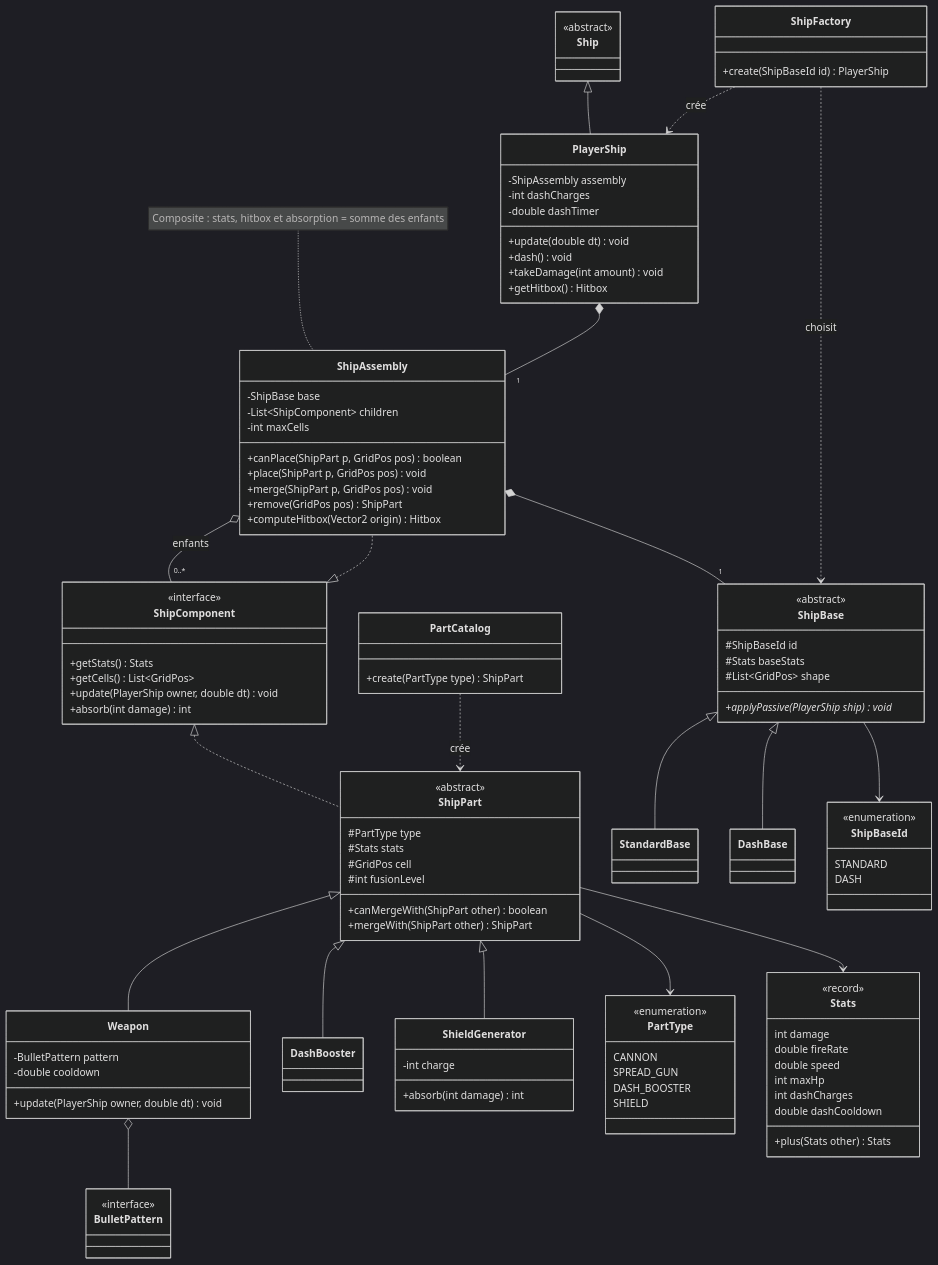
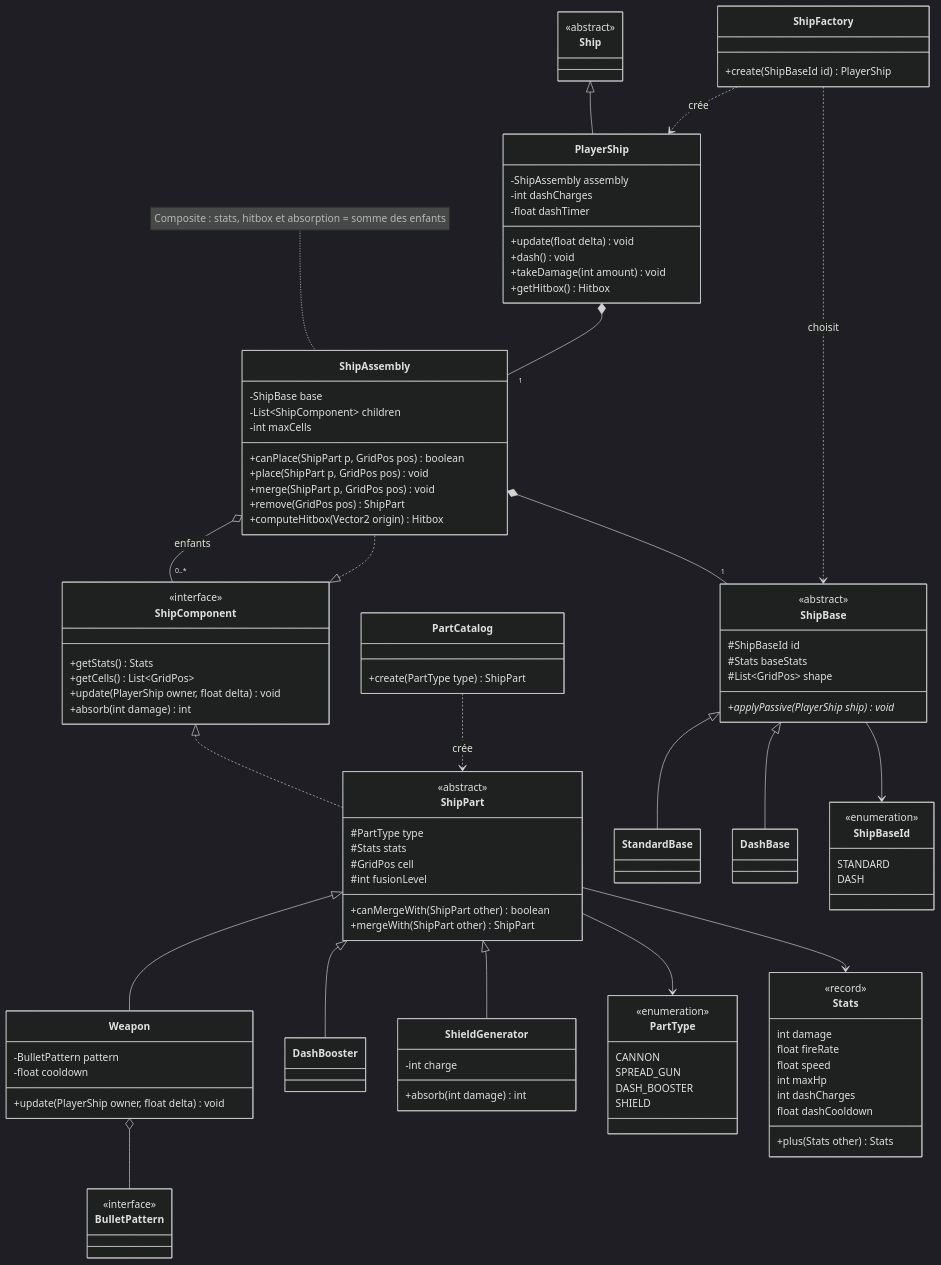
One commit to Bisiaux-dev/public-vault changed the sixth of 13 diagrams in content/2D-Game/ideas/pierre/Bullet hell roguelike - UML.md. Above: the diagram before and after it, drawn with Mermaid (dark theme). The commit also changed other lines of this file and 27 other files, not shown here.

```diff
--- a/content/2D-Game/ideas/pierre/Bullet hell roguelike - UML.md
+++ b/content/2D-Game/ideas/pierre/Bullet hell roguelike - UML.md
@@ -299,8 +336,8 @@
     class PlayerShip {
         -ShipAssembly assembly
         -int dashCharges
-        -double dashTimer
-        +update(double dt) void
+        -float dashTimer
+        +update(float delta) void
         +dash() void
         +takeDamage(int amount) void
         +getHitbox() Hitbox
@@ -309,7 +346,7 @@
         <<interface>>
         +getStats() Stats
         +getCells() List~GridPos~
-        +update(PlayerShip owner, double dt) void
+        +update(PlayerShip owner, float delta) void
         +absorb(int damage) int
     }
     class ShipAssembly {
@@ -333,8 +370,8 @@
     }
     class Weapon {
         -BulletPattern pattern
-        -double cooldown
-        +update(PlayerShip owner, double dt) void
+        -float cooldown
+        +update(PlayerShip owner, float delta) void
     }
     class DashBooster
     class ShieldGenerator {
@@ -351,11 +388,11 @@
     class Stats {
         <<record>>
         int damage
-        double fireRate
-        double speed
+        float fireRate
+        float speed
         int maxHp
         int dashCharges
-        double dashCooldown
+        float dashCooldown
         +plus(Stats other) Stats
     }
     class ShipBase {
```
